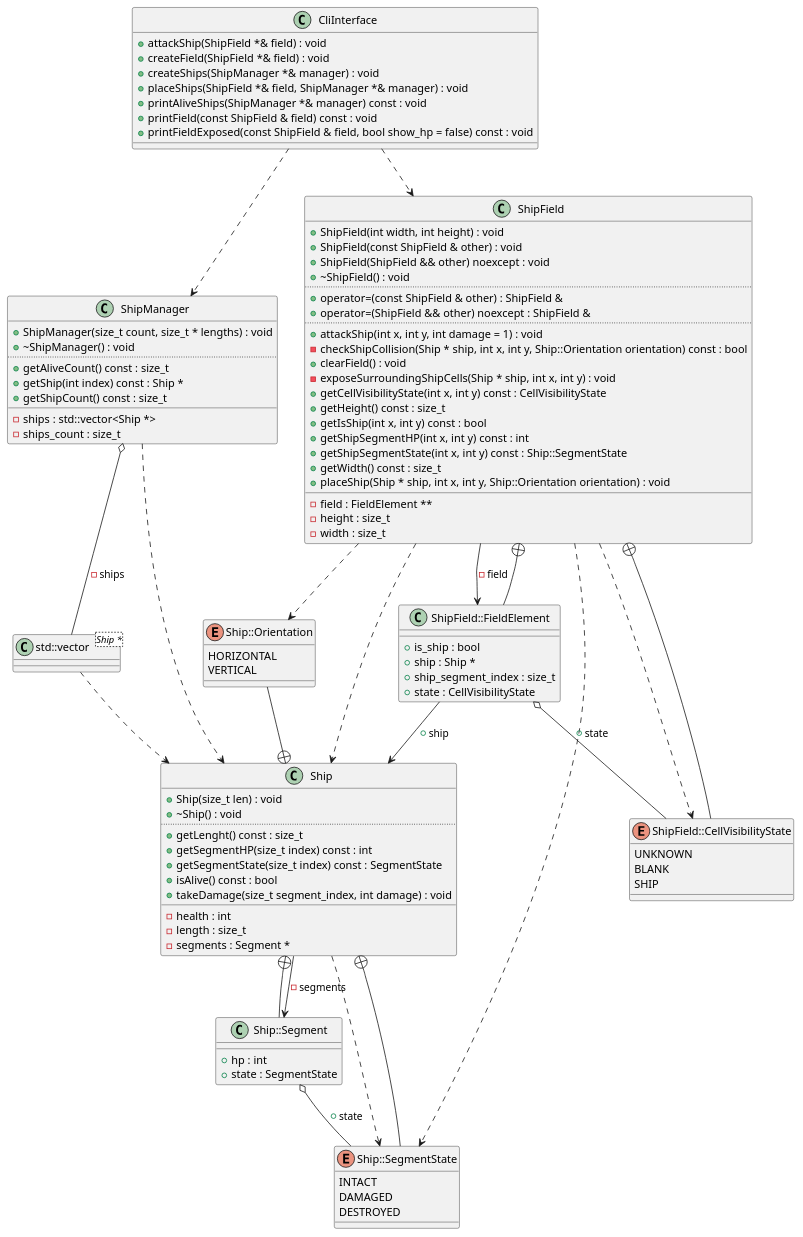
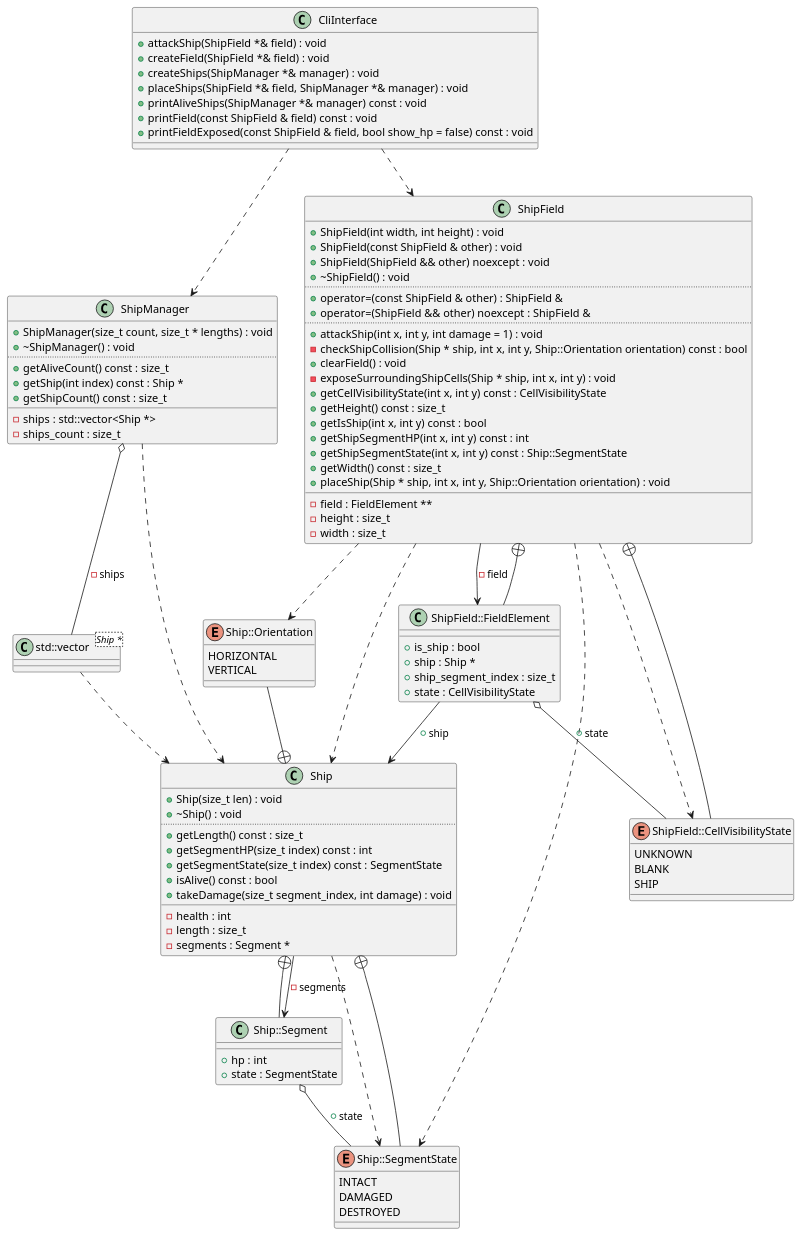
One commit to Rennelv/ships changed the diagram in diagrams/CliInterface.puml. Above: the diagram before and after it, drawn with PlantUML. The commit also changed 24 other files, not shown here.

```diff
--- a/diagrams/CliInterface.puml
+++ b/diagrams/CliInterface.puml
@@ -1,124 +1,124 @@
 @startuml
 class "std::vector<Ship *>" as C_0007462257846685508834
 class C_0007462257846685508834 {
 __
 }
 class "Ship" as C_0014529657433315016423
 class C_0014529657433315016423 {
 +Ship(size_t len) : void
 +~Ship() : void
 ..
-+getLenght() const : size_t
++getLength() const : size_t
 +getSegmentHP(size_t index) const : int
 +getSegmentState(size_t index) const : SegmentState
 +isAlive() const : bool
 +takeDamage(size_t segment_index, int damage) : void
 __
 -health : int
 -length : size_t
 -segments : Segment *
 }
 enum "Ship::SegmentState" as C_0016593760204207859148
 enum C_0016593760204207859148 {
 INTACT
 DAMAGED
 DESTROYED
 }
 enum "Ship::Orientation" as C_0015200704647938469073
 enum C_0015200704647938469073 {
 HORIZONTAL
 VERTICAL
 }
 class "Ship::Segment" as C_0000674658759292391449
 class C_0000674658759292391449 {
 __
 +hp : int
 +state : SegmentState
 }
 class "ShipField" as C_0003843296779074973901
 class C_0003843296779074973901 {
 +ShipField(int width, int height) : void
 +ShipField(const ShipField & other) : void
 +ShipField(ShipField && other) noexcept : void
 +~ShipField() : void
 ..
 +operator=(const ShipField & other) : ShipField &
 +operator=(ShipField && other) noexcept : ShipField &
 ..
 +attackShip(int x, int y, int damage = 1) : void
 -checkShipCollision(Ship * ship, int x, int y, Ship::Orientation orientation) const : bool
 +clearField() : void
 -exposeSurroundingShipCells(Ship * ship, int x, int y) : void
 +getCellVisibilityState(int x, int y) const : CellVisibilityState
 +getHeight() const : size_t
 +getIsShip(int x, int y) const : bool
 +getShipSegmentHP(int x, int y) const : int
 +getShipSegmentState(int x, int y) const : Ship::SegmentState
 +getWidth() const : size_t
 +placeShip(Ship * ship, int x, int y, Ship::Orientation orientation) : void
 __
 -field : FieldElement **
 -height : size_t
 -width : size_t
 }
 enum "ShipField::CellVisibilityState" as C_0014337503322603405869
 enum C_0014337503322603405869 {
 UNKNOWN
 BLANK
 SHIP
 }
 class "ShipField::FieldElement" as C_0000316359785794417378
 class C_0000316359785794417378 {
 __
 +is_ship : bool
 +ship : Ship *
 +ship_segment_index : size_t
 +state : CellVisibilityState
 }
 class "ShipManager" as C_0017499122254539489506
 class C_0017499122254539489506 {
 +ShipManager(size_t count, size_t * lengths) : void
 +~ShipManager() : void
 ..
 +getAliveCount() const : size_t
 +getShip(int index) const : Ship *
 +getShipCount() const : size_t
 __
 -ships : std::vector<Ship *>
 -ships_count : size_t
 }
 class "CliInterface" as C_0005047295129698031663
 class C_0005047295129698031663 {
 +attackShip(ShipField *& field) : void
 +createField(ShipField *& field) : void
 +createShips(ShipManager *& manager) : void
 +placeShips(ShipField *& field, ShipManager *& manager) : void
 +printAliveShips(ShipManager *& manager) const : void
 +printField(const ShipField & field) const : void
 +printFieldExposed(const ShipField & field, bool show_hp = false) const : void
 __
 }
 C_0007462257846685508834 ..> C_0014529657433315016423
 C_0014529657433315016423 ..> C_0016593760204207859148
 C_0014529657433315016423 --> C_0000674658759292391449 : -segments
 C_0016593760204207859148 --+ C_0014529657433315016423
 C_0015200704647938469073 --+ C_0014529657433315016423
 C_0000674658759292391449 --+ C_0014529657433315016423
 C_0000674658759292391449 o-- C_0016593760204207859148 : +state
 C_0003843296779074973901 ..> C_0014529657433315016423
 C_0003843296779074973901 ..> C_0015200704647938469073
 C_0003843296779074973901 ..> C_0014337503322603405869
 C_0003843296779074973901 ..> C_0016593760204207859148
 C_0003843296779074973901 --> C_0000316359785794417378 : -field
 C_0014337503322603405869 --+ C_0003843296779074973901
 C_0000316359785794417378 --+ C_0003843296779074973901
 C_0000316359785794417378 o-- C_0014337503322603405869 : +state
 C_0000316359785794417378 --> C_0014529657433315016423 : +ship
 C_0017499122254539489506 ..> C_0014529657433315016423
 C_0017499122254539489506 o-- C_0007462257846685508834 : -ships
 C_0005047295129698031663 ..> C_0003843296779074973901
 C_0005047295129698031663 ..> C_0017499122254539489506
 
 'Generated with clang-uml, version 0.5.5
 'LLVM version clang version 18.1.8
 @enduml
```
